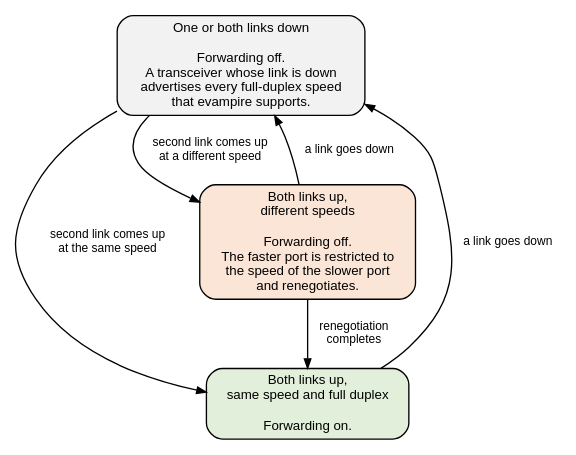
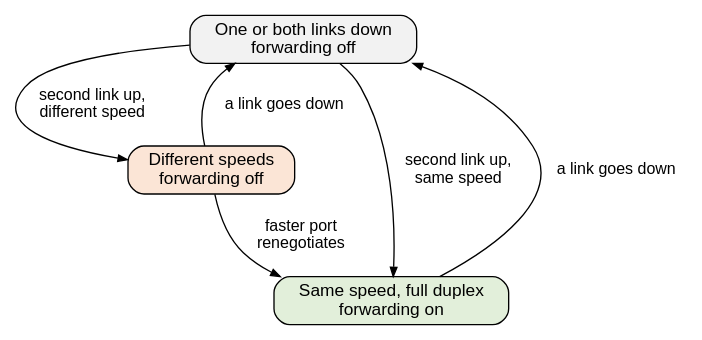
Before and after one commit to mithro/evampire: the diagram in docs/ethernet/rgmii/speed-policy.dot, drawn with Graphviz. The commit also changed 15 other files, not shown here.

```diff
--- a/docs/ethernet/rgmii/speed-policy.dot
+++ b/docs/ethernet/rgmii/speed-policy.dot
@@ -1,21 +1,21 @@
 // How the processor keeps both ports at the same speed.
 //
 // SPDX-License-Identifier: Apache-2.0
 
 digraph speed_policy {
-    graph [rankdir=TB, fontname="Helvetica", fontsize=11, nodesep=0.5,
-           ranksep=0.45];
+    graph [rankdir=TB, fontname="Helvetica", fontsize=14, nodesep=0.5,
+           ranksep=0.5];
     node  [shape=box, style="rounded,filled", fillcolor="#f2f2f2",
-           fontname="Helvetica", fontsize=10];
-    edge  [fontname="Helvetica", fontsize=9, arrowsize=0.7];
+           fontname="Helvetica", fontsize=13];
+    edge  [fontname="Helvetica", fontsize=12, arrowsize=0.7];
 
-    down  [label="One or both links down\n\nForwarding off.\nA transceiver whose link is down\nadvertises every full-duplex speed\nthat evampire supports."];
-    same  [label="Both links up,\nsame speed and full duplex\n\nForwarding on.", fillcolor="#e2efda"];
-    diff  [label="Both links up,\ndifferent speeds\n\nForwarding off.\nThe faster port is restricted to\nthe speed of the slower port\nand renegotiates.", fillcolor="#fbe5d6"];
+    down  [label="One or both links down\nforwarding off"];
+    diff  [label="Different speeds\nforwarding off", fillcolor="#fbe5d6"];
+    same  [label="Same speed, full duplex\nforwarding on", fillcolor="#e2efda"];
 
-    down -> same [label="  second link comes up\n  at the same speed"];
-    down -> diff [label="  second link comes up\n  at a different speed"];
-    diff -> same [label="  renegotiation\n  completes"];
+    down -> same [label="  second link up,\n  same speed"];
+    down -> diff [label="  second link up,\n  different speed"];
+    diff -> same [label="  faster port\n  renegotiates"];
     same -> down [label="  a link goes down"];
     diff -> down [label="  a link goes down"];
 }
```
